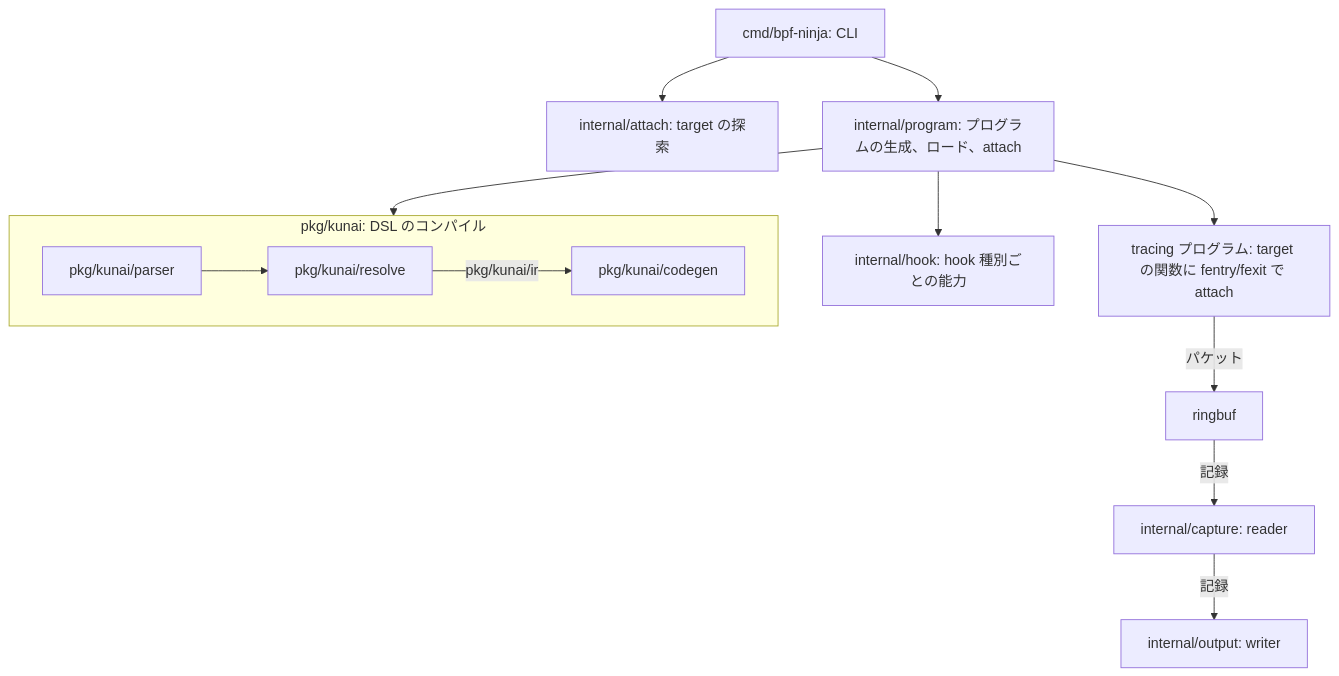
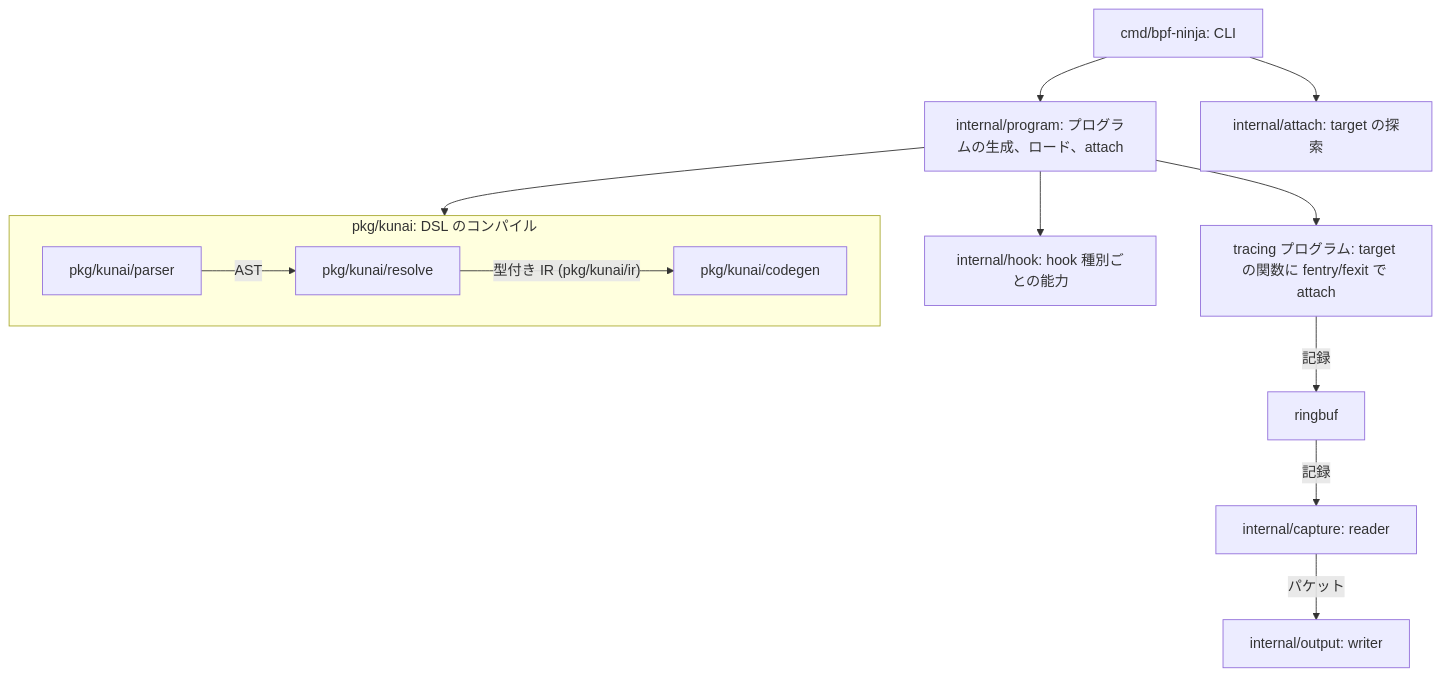
Before and after one commit to takehaya/bpf-ninja: the first of 2 diagrams in docs/ja/architecture/README.md, drawn with Mermaid. The commit also changed other lines of this file, not shown here.

First line of the commit message:
docs(architecture): label data arrows and add a legend to both diagrams

````diff
--- a/docs/ja/architecture/README.md
+++ b/docs/ja/architecture/README.md
@@ -10,15 +10,15 @@
 ```mermaid
 flowchart TD
   subgraph kunai["pkg/kunai: DSL のコンパイル"]
-    parser["pkg/kunai/parser"] --> resolve["pkg/kunai/resolve"]
-    resolve -- "pkg/kunai/ir" --> codegen["pkg/kunai/codegen"]
+    parser["pkg/kunai/parser"] -- "AST" --> resolve["pkg/kunai/resolve"]
+    resolve -- "型付き IR (pkg/kunai/ir)" --> codegen["pkg/kunai/codegen"]
   end
-  cli["cmd/bpf-ninja: CLI"] --> attach["internal/attach: target の探索"]
-  cli --> program["internal/program: プログラムの生成、ロード、attach"]
+  cli["cmd/bpf-ninja: CLI"] --> program["internal/program: プログラムの生成、ロード、attach"]
+  cli --> attach["internal/attach: target の探索"]
   program --> hook["internal/hook: hook 種別ごとの能力"]
   program --> kunai
   program --> bpf["tracing プログラム: target の関数に fentry/fexit で attach"]
-  bpf -- "パケット" --> ringbuf["ringbuf"]
+  bpf -- "記録" --> ringbuf["ringbuf"]
   ringbuf -- "記録" --> capture["internal/capture: reader"]
-  capture -- "記録" --> output["internal/output: writer"]
+  capture -- "パケット" --> output["internal/output: writer"]
 ```
````
